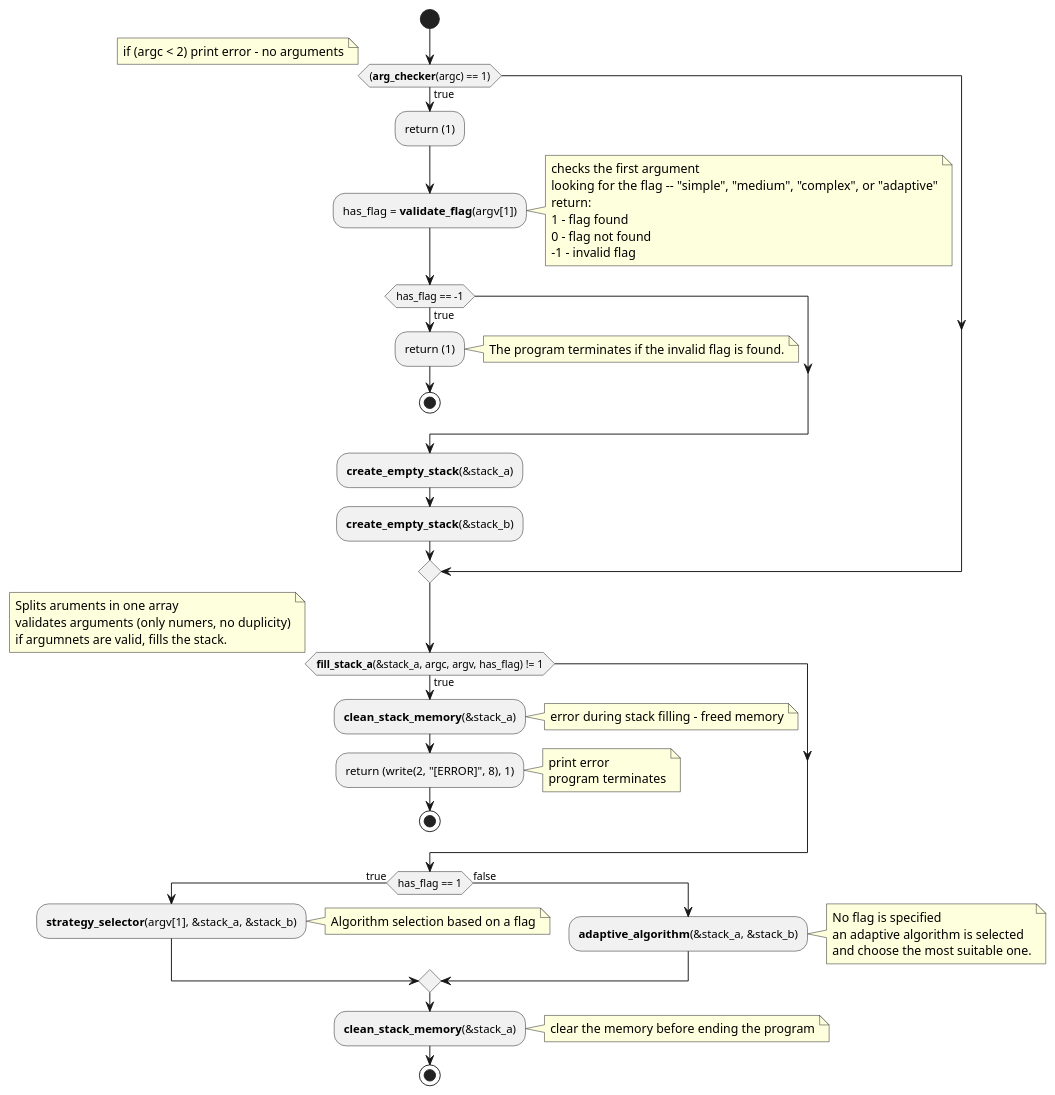
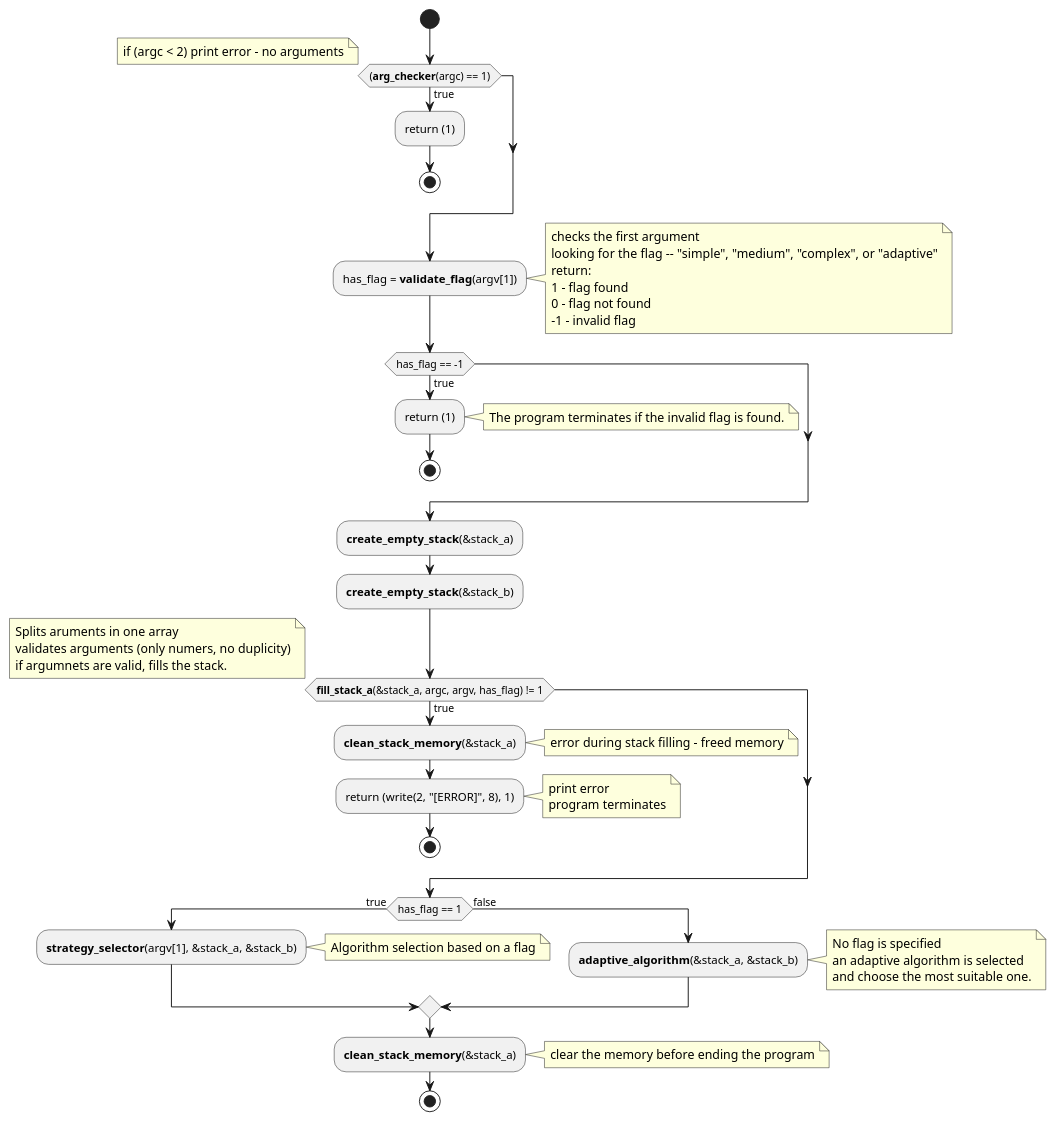
The diagram in ft_push_swap.puml (martinaradkovicova-lgtm/ft_push_swap), drawn with PlantUML before and after one commit. The commit also changed other lines of this file, not shown here.

```diff
--- a/ft_push_swap.puml
+++ b/ft_push_swap.puml
@@ -1,36 +2,37 @@
 @startuml
 start
 if ((**arg_checker**(argc) == 1)) is (true) then
         note right: if (argc < 2) print error - no arguments
         :return (1);
+        stop
+        endif
     :has_flag = **validate_flag**(argv[1]);
     note right: checks the first argument\nlooking for the flag -- "simple", "medium", "complex", or "adaptive"\nreturn:\n1 - flag found\n0 - flag not found\n-1 - invalid flag
 
     if (has_flag == -1) is (true) then
         :return (1);
         note right: The program terminates if the invalid flag is found.
         stop
         endif
     :**create_empty_stack**(&stack_a);
     :**create_empty_stack**(&stack_b);
-    endif
     if (**fill_stack_a**(&stack_a, argc, argv, has_flag) != 1) is (true) then
     note right:Splits aruments in one array\nvalidates arguments (only numers, no duplicity)\nif argumnets are valid, fills the stack.
         :**clean_stack_memory**(&stack_a);
         note right: error during stack filling - freed memory
         :return (write(2, "[ERROR]", 8), 1);
         note right: print error\nprogram terminates
         stop
     endif
     if (has_flag == 1) is (true) then
         :**strategy_selector**(argv[1], &stack_a, &stack_b);
         note right: Algorithm selection based on a flag
     else (false)
     :**adaptive_algorithm**(&stack_a, &stack_b);
     note right: No flag is specified\nan adaptive algorithm is selected\nand choose the most suitable one.
     endif
 
      :**clean_stack_memory**(&stack_a);
      note right: clear the memory before ending the program
 stop
 @enduml
```
